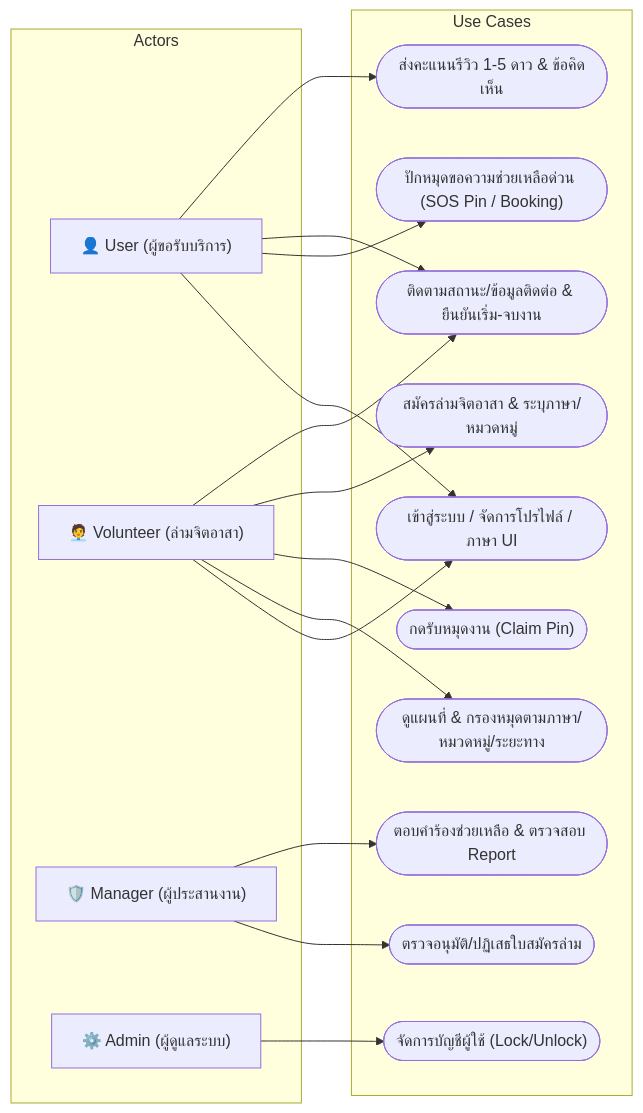
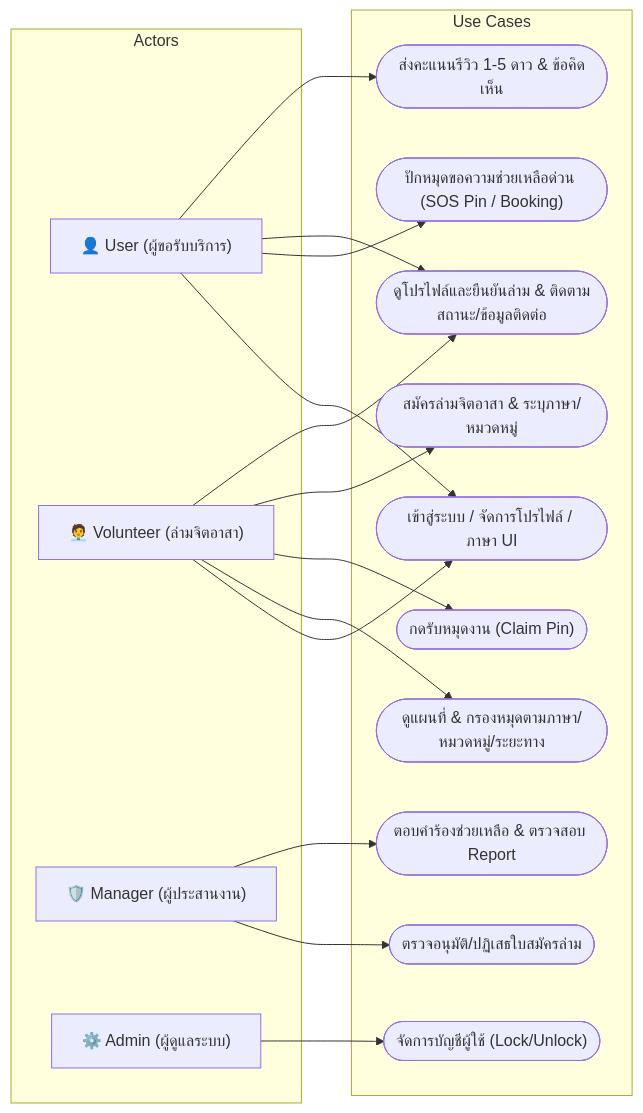
One commit to OnisawanO/khvi-helper changed the first of 3 diagrams in detail.md. Above: the diagram before and after it, drawn with Mermaid. The commit also changed other lines of this file and 17 other files, not shown here.

````diff
--- a/detail.md
+++ b/detail.md
@@ -168,38 +169,38 @@
 ```mermaid
 flowchart LR
     subgraph Actors
         U["👤 User (ผู้ขอรับบริการ)"]
         V["🧑‍💼 Volunteer (ล่ามจิตอาสา)"]
         M["🛡️ Manager (ผู้ประสานงาน)"]
         A["⚙️ Admin (ผู้ดูแลระบบ)"]
     end
 
     subgraph "Use Cases"
         UC1(["เข้าสู่ระบบ / จัดการโปรไฟล์ / ภาษา UI"])
         UC2(["ปักหมุดขอความช่วยเหลือด่วน (SOS Pin / Booking)"])
         UC3(["ดูแผนที่ & กรองหมุดตามภาษา/หมวดหมู่/ระยะทาง"])
         UC4(["กดรับหมุดงาน (Claim Pin)"])
         UC5(["สมัครล่ามจิตอาสา & ระบุภาษา/หมวดหมู่"])
-        UC6(["ติดตามสถานะ/ข้อมูลติดต่อ & ยืนยันเริ่ม-จบงาน"])
+        UC6(["ดูโปรไฟล์และยืนยันล่าม & ติดตามสถานะ/ข้อมูลติดต่อ"])
         UC7(["ส่งคะแนนรีวิว 1-5 ดาว & ข้อคิดเห็น"])
         UC8(["ตรวจอนุมัติ/ปฏิเสธใบสมัครล่าม"])
         UC9(["ตอบคำร้องช่วยเหลือ & ตรวจสอบ Report"])
         UC10(["จัดการบัญชีผู้ใช้ (Lock/Unlock)"])
     end
 
     U --> UC1
     U --> UC2
     U --> UC6
     U --> UC7
 
     V --> UC1
     V --> UC3
     V --> UC4
     V --> UC5
     V --> UC6
 
     M --> UC8
     M --> UC9
 
     A --> UC10
 ```
````
